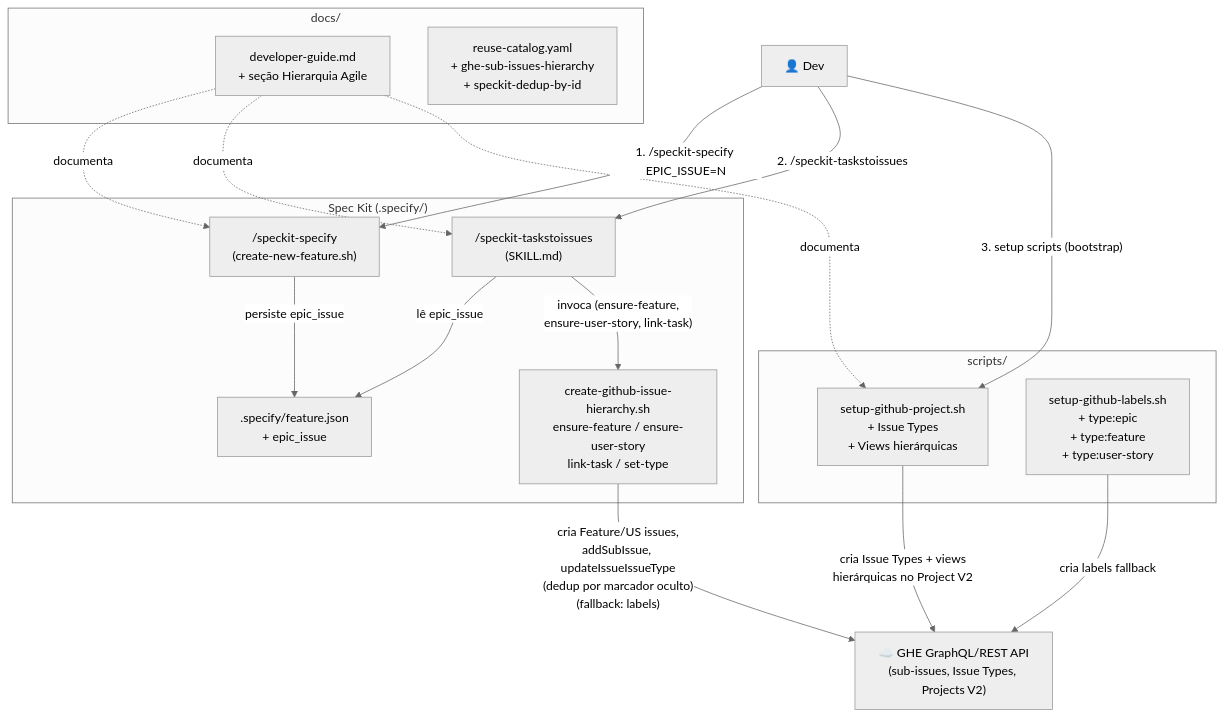
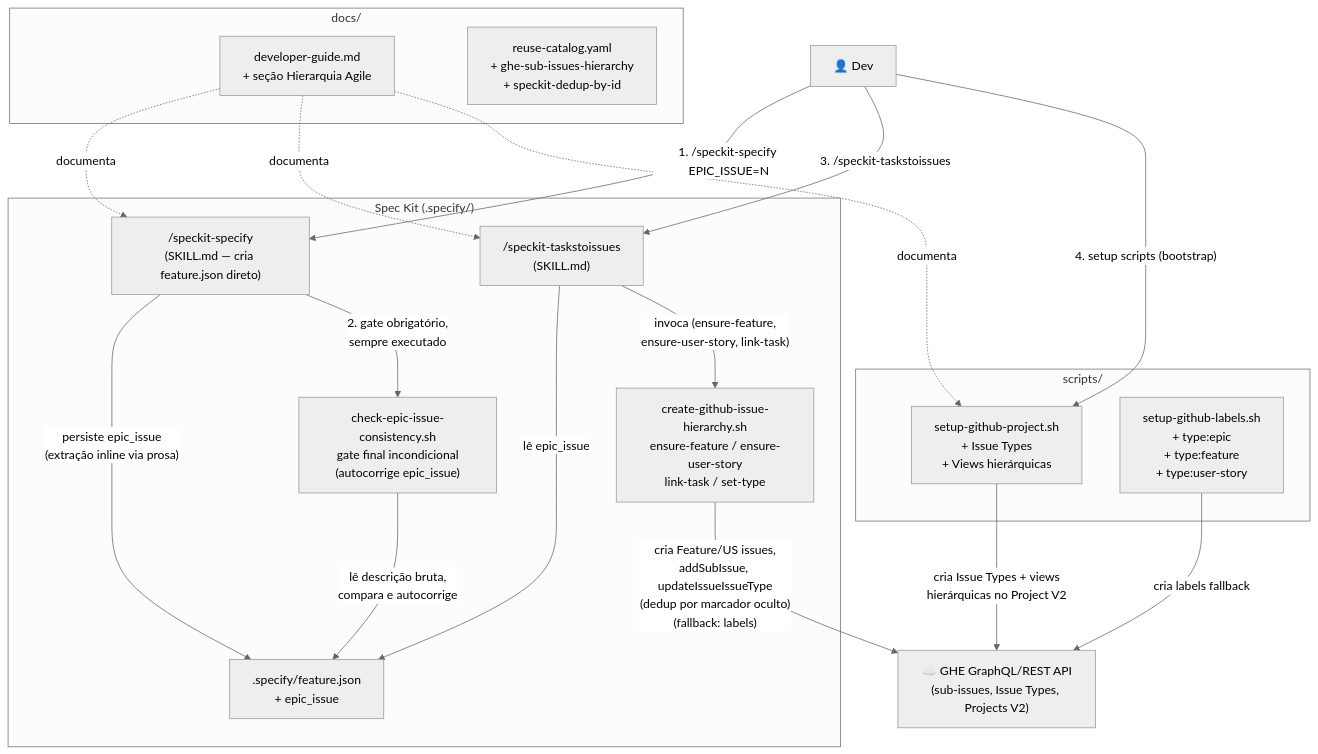
Before and after one commit to lrodriguesvpn/nimbus-code: the first of 2 diagrams in specs/005-epic-feature-us-ghe-hierarchy/graph.md, drawn with Mermaid (neutral theme). The commit also changed other lines of this file and 6 other files, not shown here.

````diff
--- a/specs/005-epic-feature-us-ghe-hierarchy/graph.md
+++ b/specs/005-epic-feature-us-ghe-hierarchy/graph.md
@@ -9,40 +9,43 @@
 ```mermaid
 flowchart TD
     Dev["👤 Dev"]
 
     subgraph speckit["Spec Kit (.specify/)"]
-        SpecifyCmd["/speckit-specify\n(create-new-feature.sh)"]
+        SpecifyCmd["/speckit-specify\n(SKILL.md — cria feature.json direto)"]
+        ConsistencyCheck["check-epic-issue-consistency.sh\ngate final incondicional\n(autocorrige epic_issue)"]
         TasksToIssuesCmd["/speckit-taskstoissues\n(SKILL.md)"]
         HierarchyScript["create-github-issue-hierarchy.sh\nensure-feature / ensure-user-story\nlink-task / set-type"]
         FeatureJSON[".specify/feature.json\n+ epic_issue"]
     end
 
     subgraph scripts["scripts/"]
         SetupProject["setup-github-project.sh\n+ Issue Types\n+ Views hierárquicas"]
         SetupLabels["setup-github-labels.sh\n+ type:epic\n+ type:feature\n+ type:user-story"]
     end
 
     subgraph docs["docs/"]
         DevGuide["developer-guide.md\n+ seção Hierarquia Agile"]
         ReuseCAT["reuse-catalog.yaml\n+ ghe-sub-issues-hierarchy\n+ speckit-dedup-by-id"]
     end
 
     GHEAPI["☁️ GHE GraphQL/REST API\n(sub-issues, Issue Types, Projects V2)"]
 
     Dev -->|"1. /speckit-specify EPIC_ISSUE=N"| SpecifyCmd
-    SpecifyCmd -->|"persiste epic_issue"| FeatureJSON
+    SpecifyCmd -->|"persiste epic_issue\n(extração inline via prosa)"| FeatureJSON
+    SpecifyCmd -->|"2. gate obrigatório,\nsempre executado"| ConsistencyCheck
+    ConsistencyCheck -->|"lê descrição bruta,\ncompara e autocorrige"| FeatureJSON
 
-    Dev -->|"2. /speckit-taskstoissues"| TasksToIssuesCmd
+    Dev -->|"3. /speckit-taskstoissues"| TasksToIssuesCmd
     TasksToIssuesCmd -->|"lê epic_issue"| FeatureJSON
     TasksToIssuesCmd -->|"invoca (ensure-feature,\nensure-user-story, link-task)"| HierarchyScript
     HierarchyScript -->|"cria Feature/US issues,\naddSubIssue, updateIssueIssueType\n(dedup por marcador oculto)\n(fallback: labels)"| GHEAPI
 
-    Dev -->|"3. setup scripts (bootstrap)"| SetupProject
+    Dev -->|"4. setup scripts (bootstrap)"| SetupProject
     SetupProject -->|"cria Issue Types + views\nhierárquicas no Project V2"| GHEAPI
 
     SetupLabels -->|"cria labels fallback"| GHEAPI
 
     DevGuide -.->|"documenta"| SpecifyCmd
     DevGuide -.->|"documenta"| TasksToIssuesCmd
     DevGuide -.->|"documenta"| SetupProject
 ```
````
